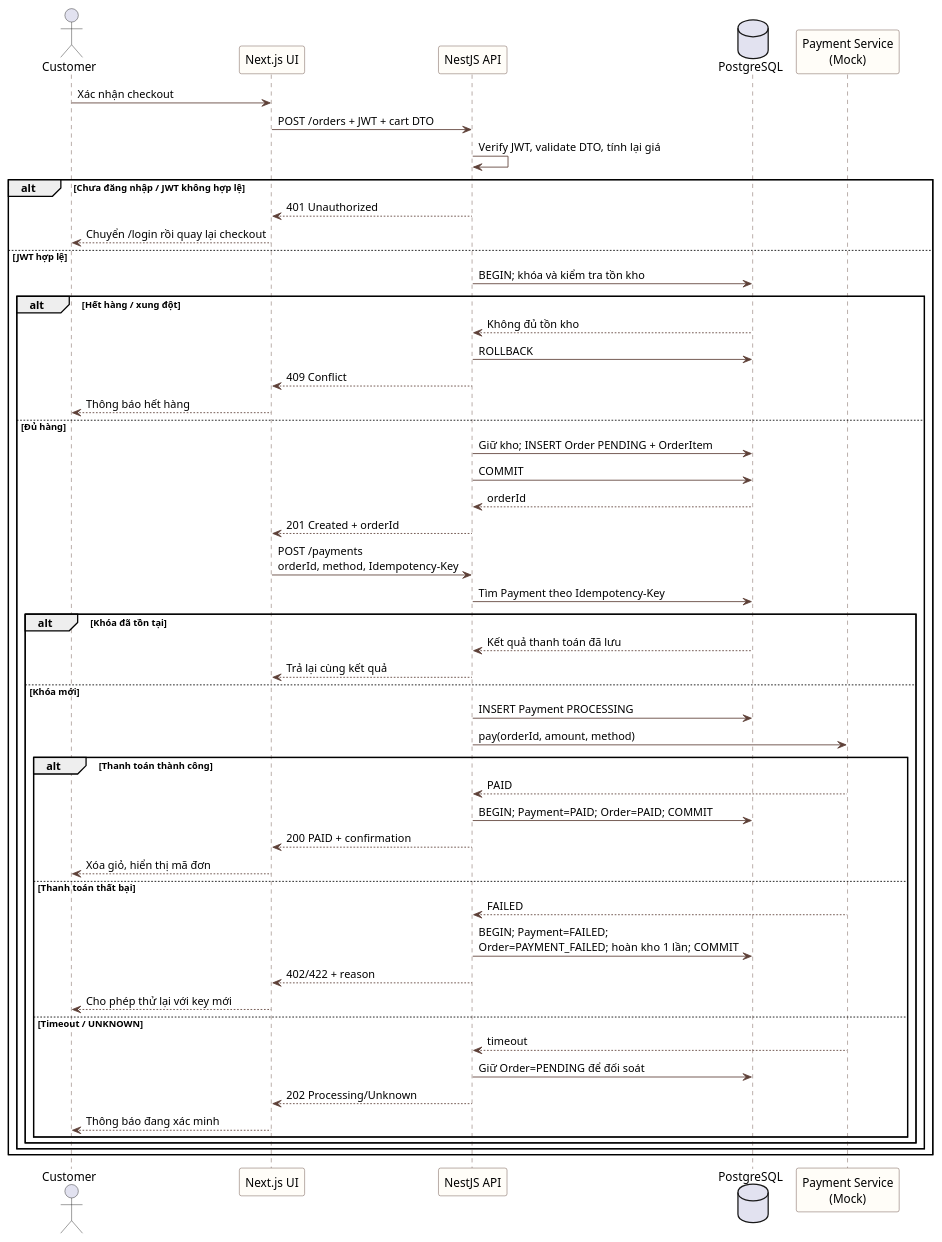
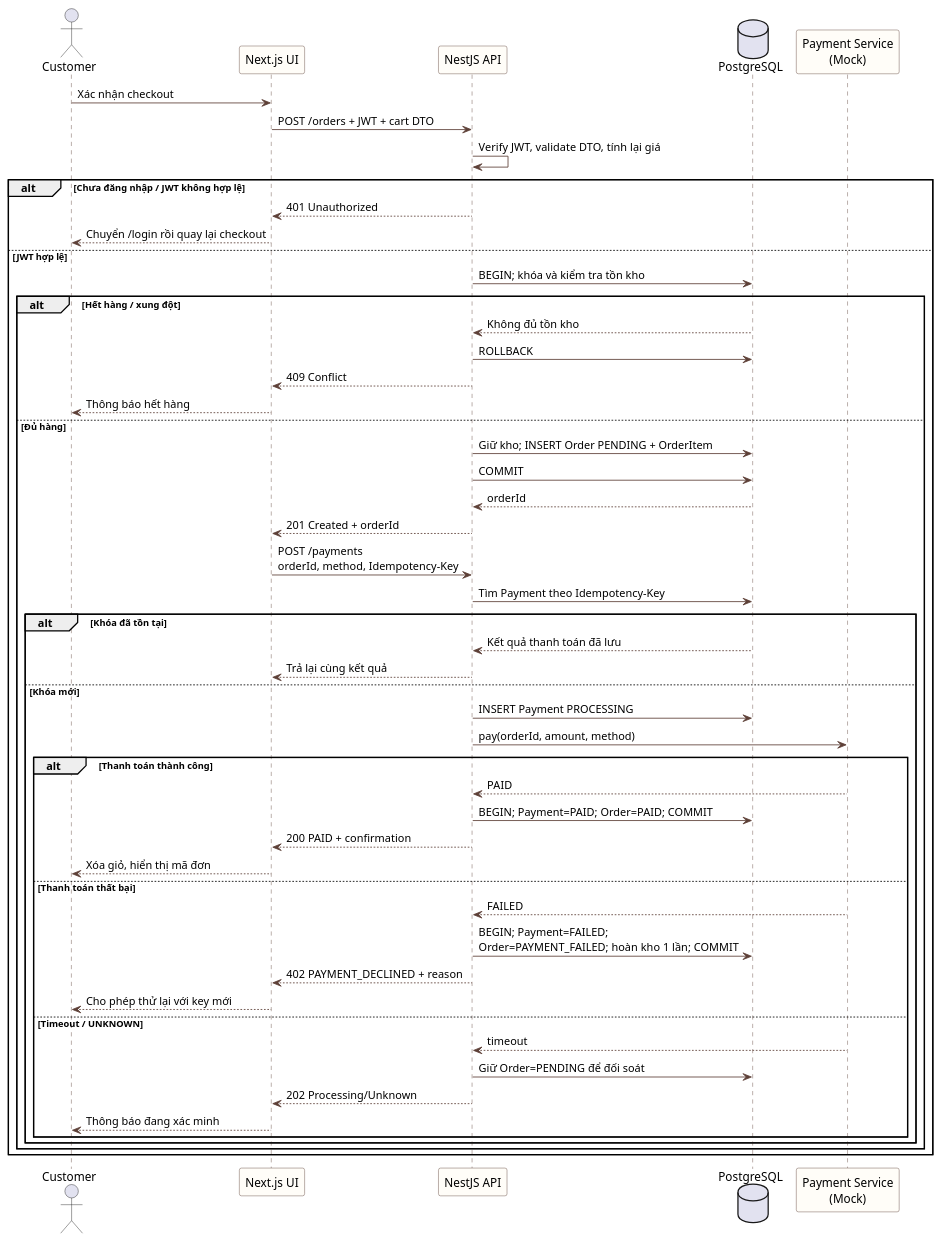
Before and after one commit to giakhoi0123/Brewlite_swe_project2: the diagram in docs/diagrams/sequence-checkout.puml, drawn with PlantUML. The commit also changed 2 other files, not shown here.

Commit message:
docs(payment): standardize declines on HTTP 402

```diff
--- a/docs/diagrams/sequence-checkout.puml
+++ b/docs/diagrams/sequence-checkout.puml
@@ -1,64 +1,64 @@
 @startuml
 skinparam shadowing false
 skinparam defaultFontName "Noto Sans"
 skinparam sequence {
   ArrowColor #5D4037
   LifeLineBorderColor #5D4037
   ParticipantBorderColor #5D4037
   ParticipantBackgroundColor #FFFDF8
 }
 
 actor Customer
 participant "Next.js UI" as UI
 participant "NestJS API" as API
 database "PostgreSQL" as DB
 participant "Payment Service\n(Mock)" as Pay
 
 Customer -> UI: Xác nhận checkout
 UI -> API: POST /orders + JWT + cart DTO
 API -> API: Verify JWT, validate DTO, tính lại giá
 
 alt Chưa đăng nhập / JWT không hợp lệ
   API --> UI: 401 Unauthorized
   UI --> Customer: Chuyển /login rồi quay lại checkout
 else JWT hợp lệ
   API -> DB: BEGIN; khóa và kiểm tra tồn kho
   alt Hết hàng / xung đột
     DB --> API: Không đủ tồn kho
     API -> DB: ROLLBACK
     API --> UI: 409 Conflict
     UI --> Customer: Thông báo hết hàng
   else Đủ hàng
     API -> DB: Giữ kho; INSERT Order PENDING + OrderItem
     API -> DB: COMMIT
     DB --> API: orderId
     API --> UI: 201 Created + orderId
 
     UI -> API: POST /payments\norderId, method, Idempotency-Key
     API -> DB: Tìm Payment theo Idempotency-Key
     alt Khóa đã tồn tại
       DB --> API: Kết quả thanh toán đã lưu
       API --> UI: Trả lại cùng kết quả
     else Khóa mới
       API -> DB: INSERT Payment PROCESSING
       API -> Pay: pay(orderId, amount, method)
       alt Thanh toán thành công
         Pay --> API: PAID
         API -> DB: BEGIN; Payment=PAID; Order=PAID; COMMIT
         API --> UI: 200 PAID + confirmation
         UI --> Customer: Xóa giỏ, hiển thị mã đơn
       else Thanh toán thất bại
         Pay --> API: FAILED
         API -> DB: BEGIN; Payment=FAILED;\nOrder=PAYMENT_FAILED; hoàn kho 1 lần; COMMIT
-        API --> UI: 402/422 + reason
+        API --> UI: 402 PAYMENT_DECLINED + reason
         UI --> Customer: Cho phép thử lại với key mới
       else Timeout / UNKNOWN
         Pay --> API: timeout
         API -> DB: Giữ Order=PENDING để đối soát
         API --> UI: 202 Processing/Unknown
         UI --> Customer: Thông báo đang xác minh
       end
     end
   end
 end
 @enduml
```
